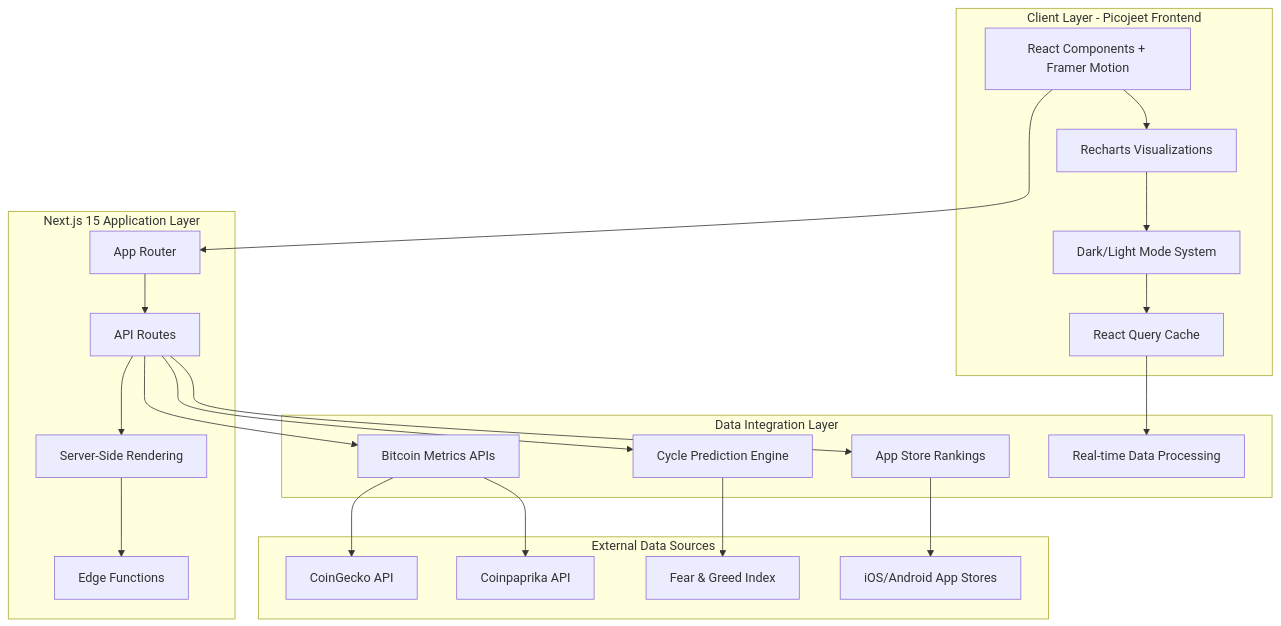
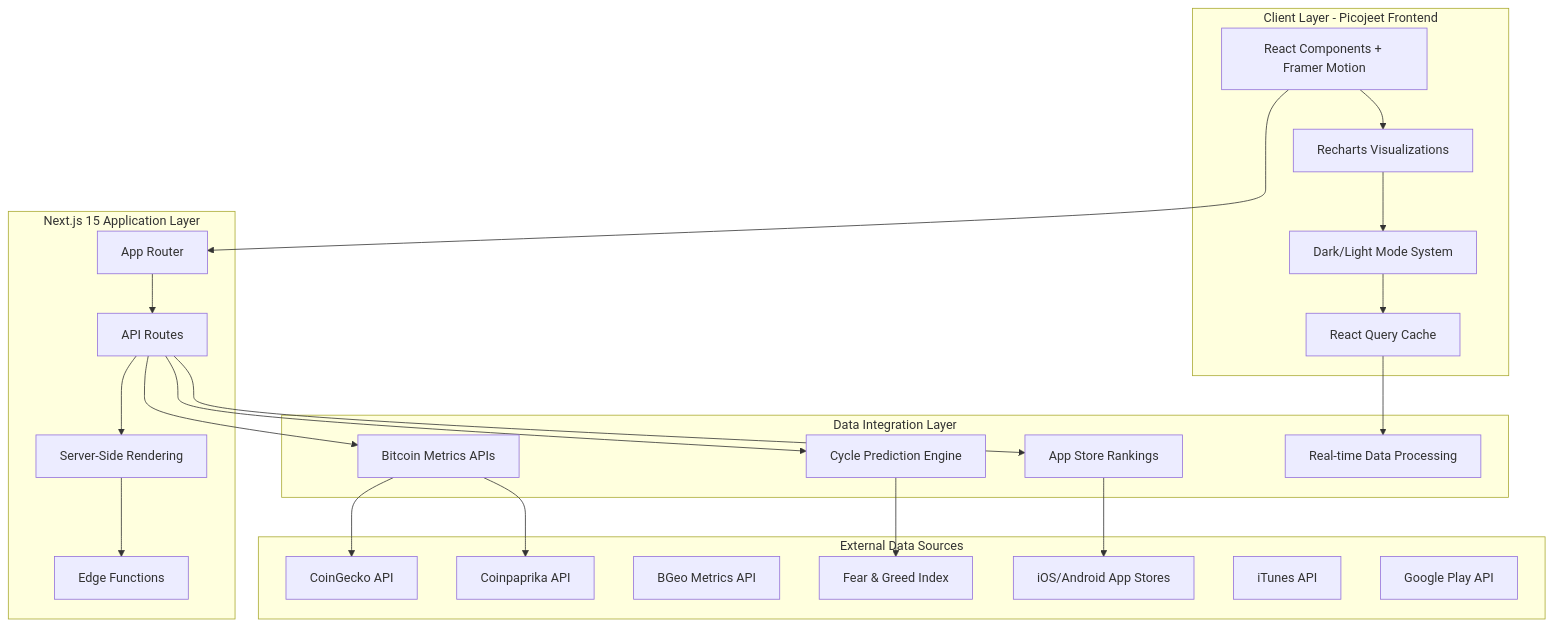
The first of 10 diagrams in ARCHITECTURE.md (oxnr/picotop), drawn with Mermaid before and after one commit. The commit also changed other lines of this file and 14 other files, not shown here.

````diff
--- a/ARCHITECTURE.md
+++ b/ARCHITECTURE.md
@@ -9,46 +9,49 @@
 ```mermaid
 graph TB
     subgraph "Client Layer - Picojeet Frontend"
         UI[React Components + Framer Motion]
         Charts[Recharts Visualizations]
         Theme[Dark/Light Mode System]
         Cache[React Query Cache]
     end
     
     subgraph "Next.js 15 Application Layer"
         AppRouter[App Router]
         API[API Routes]
         SSR[Server-Side Rendering]
         EdgeFunctions[Edge Functions]
     end
     
     subgraph "Data Integration Layer"
         BitcoinAPI[Bitcoin Metrics APIs]
         AppStoreAPI[App Store Rankings]
         PredictionEngine[Cycle Prediction Engine]
         RealTimeData[Real-time Data Processing]
     end
     
     subgraph "External Data Sources"
         CoinGecko[CoinGecko API]
         Coinpaprika[Coinpaprika API]
+        BGeoMetrics[BGeo Metrics API]
         FearGreed[Fear & Greed Index]
         AppStore[iOS/Android App Stores]
+        iTunesAPI[iTunes API]
+        GooglePlayAPI[Google Play API]
     end
     
     UI --> Charts
     Charts --> Theme
     Theme --> Cache
     UI --> AppRouter
     AppRouter --> API
     API --> SSR
     SSR --> EdgeFunctions
     API --> BitcoinAPI
     API --> AppStoreAPI
     API --> PredictionEngine
     BitcoinAPI --> CoinGecko
     BitcoinAPI --> Coinpaprika
     AppStoreAPI --> AppStore
     PredictionEngine --> FearGreed
     Cache --> RealTimeData
 ```
````
